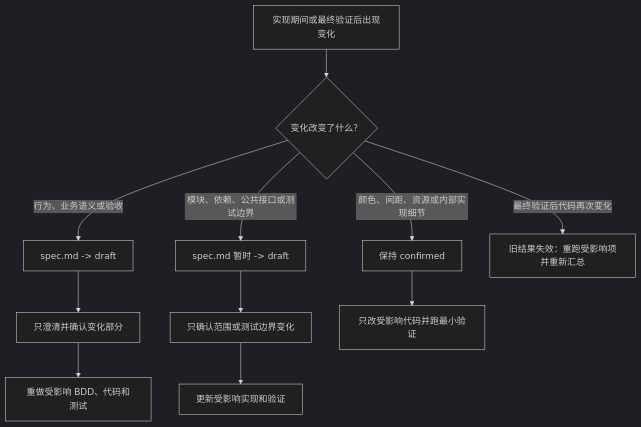
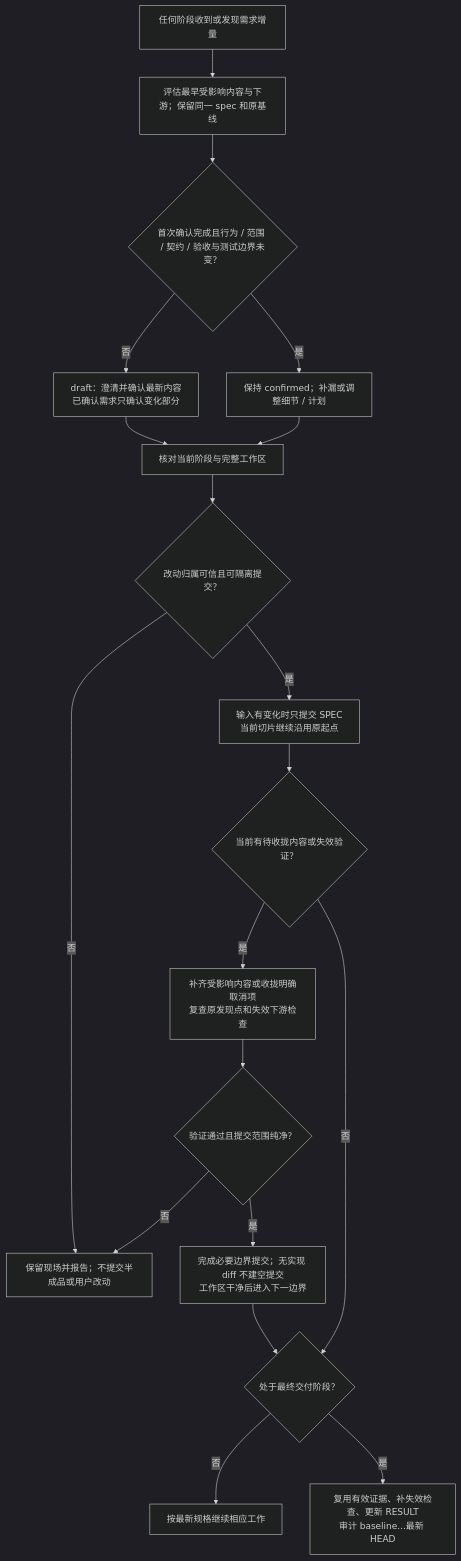
One commit to yejuntian/android-delivery-skills changed the sixth of 11 diagrams in docs/FLOW_DIAGRAMS.md. Above: the diagram before and after it, drawn with Mermaid (dark theme). The commit also changed other lines of this file and 6 other files, not shown here.

````diff
--- a/docs/FLOW_DIAGRAMS.md
+++ b/docs/FLOW_DIAGRAMS.md
@@ -179,16 +179,21 @@
 ```mermaid
 flowchart TD
-    CHANGE["实现期间或最终验证后出现变化"] --> TYPE{"变化改变了什么？"}
-    TYPE -- "行为、业务语义或验收" --> DRAFT1["spec.md -> draft"]
-    DRAFT1 --> CONFIRM1["只澄清并确认变化部分"]
-    CONFIRM1 --> AFFECTED1["重做受影响 BDD、代码和测试"]
-
-    TYPE -- "模块、依赖、公共接口或测试边界" --> DRAFT2["spec.md 暂时 -> draft"]
-    DRAFT2 --> CONFIRM2["只确认范围或测试边界变化"]
-    CONFIRM2 --> AFFECTED2["更新受影响实现和验证"]
-
-    TYPE -- "颜色、间距、资源或内部实现细节" --> KEEP["保持 confirmed"]
-    KEEP --> LOCAL["只改受影响代码并跑最小验证"]
-
-    TYPE -- "最终验证后代码再次变化" --> RECHECK["旧结果失效：重跑受影响项并重新汇总"]
+    CHANGE["任何阶段收到或发现需求增量"] --> IMPACT["评估最早受影响内容与下游；保留同一 spec 和原基线"]
+    IMPACT --> TYPE{"首次确认完成且行为 / 范围 / 契约 / 验收与测试边界未变？"}
+    TYPE -- "否" --> DRAFT["draft：澄清并确认最新内容<br/>已确认需求只确认变化部分"]
+    TYPE -- "是" --> KEEP["保持 confirmed；补漏或调整细节 / 计划"]
+    DRAFT --> CURRENT["核对当前阶段与完整工作区"]
+    KEEP --> CURRENT
+    CURRENT --> OWNED{"改动归属可信且可隔离提交？"}
+    OWNED -- "否" --> STOP["保留现场并报告；不提交半成品或用户改动"]
+    OWNED -- "是" --> SPEC["输入有变化时只提交 SPEC<br/>当前切片继续沿用原起点"]
+    SPEC --> NEED{"当前有待收拢内容或失效验证？"}
+    NEED -- "是" --> FIX["补齐受影响内容或收拢明确取消项<br/>复查原发现点和失效下游检查"]
+    NEED -- "否" --> FINAL
+    FIX --> VALID{"验证通过且提交范围纯净？"}
+    VALID -- "否" --> STOP
+    VALID -- "是" --> COMMIT["完成必要边界提交；无实现 diff 不建空提交<br/>工作区干净后进入下一边界"]
+    COMMIT --> FINAL{"处于最终交付阶段？"}
+    FINAL -- "否" --> CONTINUE["按最新规格继续相应工作"]
+    FINAL -- "是" --> RESULT["复用有效证据、补失效检查、更新 RESULT<br/>审计 baseline...最新 HEAD"]
 ```
````
